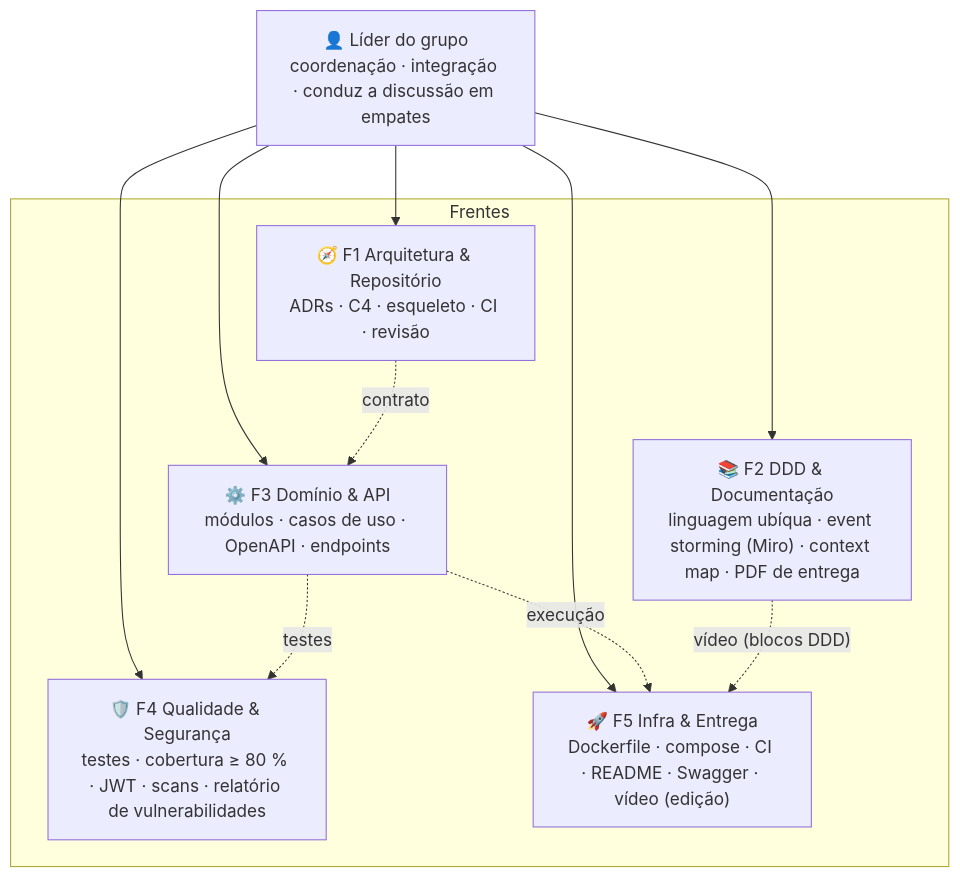
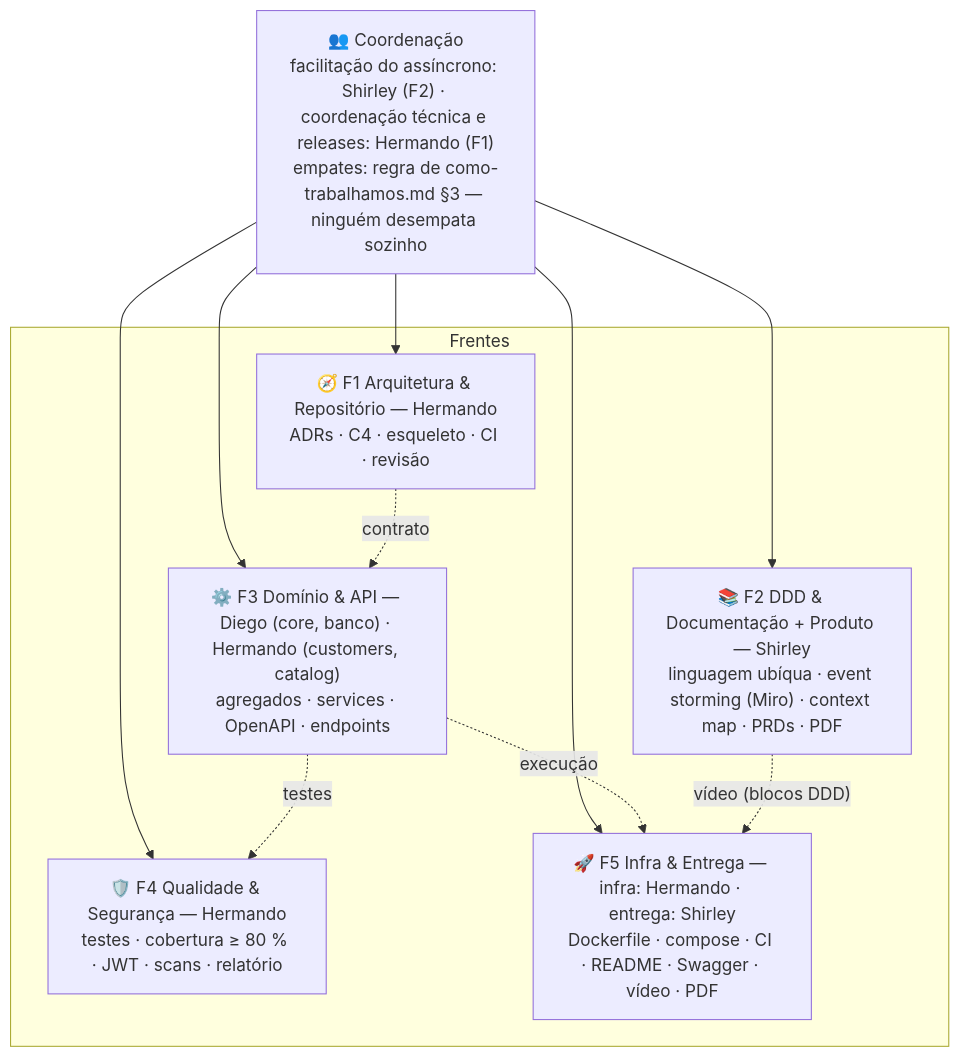
The first of 2 diagrams in docs/00-guia-do-grupo/frentes-e-responsabilidades.md (HermandoThiago/FIAP-SOAT), drawn with Mermaid before and after one commit. The commit also changed other lines of this file and 18 other files, not shown here.

````diff
--- a/docs/00-guia-do-grupo/frentes-e-responsabilidades.md
+++ b/docs/00-guia-do-grupo/frentes-e-responsabilidades.md
@@ -22,20 +30,20 @@
 ```mermaid
 flowchart TB
-    L["👤 Líder do grupo<br/>coordenação · integração · conduz a discussão em empates"]
-    L --> F1
-    L --> F2
-    L --> F3
-    L --> F4
-    L --> F5
+    CO["👥 Coordenação<br/>facilitação do assíncrono: Shirley (F2) · coordenação técnica e releases: Hermando (F1)<br/>empates: regra de como-trabalhamos.md §3 — ninguém desempata sozinho"]
+    CO --> F1
+    CO --> F2
+    CO --> F3
+    CO --> F4
+    CO --> F5
     subgraph Frentes
-        F1["🧭 F1 Arquitetura & Repositório<br/>ADRs · C4 · esqueleto · CI · revisão"]
-        F2["📚 F2 DDD & Documentação<br/>linguagem ubíqua · event storming (Miro) · context map · PDF de entrega"]
-        F3["⚙️ F3 Domínio & API<br/>módulos · casos de uso · OpenAPI · endpoints"]
-        F4["🛡️ F4 Qualidade & Segurança<br/>testes · cobertura ≥ 80 % · JWT · scans · relatório de vulnerabilidades"]
-        F5["🚀 F5 Infra & Entrega<br/>Dockerfile · compose · CI · README · Swagger · vídeo (edição)"]
+        F1["🧭 F1 Arquitetura & Repositório — Hermando<br/>ADRs · C4 · esqueleto · CI · revisão"]
+        F2["📚 F2 DDD & Documentação + Produto — Shirley<br/>linguagem ubíqua · event storming (Miro) · context map · PRDs · PDF"]
+        F3["⚙️ F3 Domínio & API — Diego (core, banco) · Hermando (customers, catalog)<br/>agregados · services · OpenAPI · endpoints"]
+        F4["🛡️ F4 Qualidade & Segurança — Hermando<br/>testes · cobertura ≥ 80 % · JWT · scans · relatório"]
+        F5["🚀 F5 Infra & Entrega — infra: Hermando · entrega: Shirley<br/>Dockerfile · compose · CI · README · Swagger · vídeo · PDF"]
     end
     F1 -. "contrato" .-> F3
     F3 -. "testes" .-> F4
     F3 -. "execução" .-> F5
     F2 -. "vídeo (blocos DDD)" .-> F5
 ```
````
